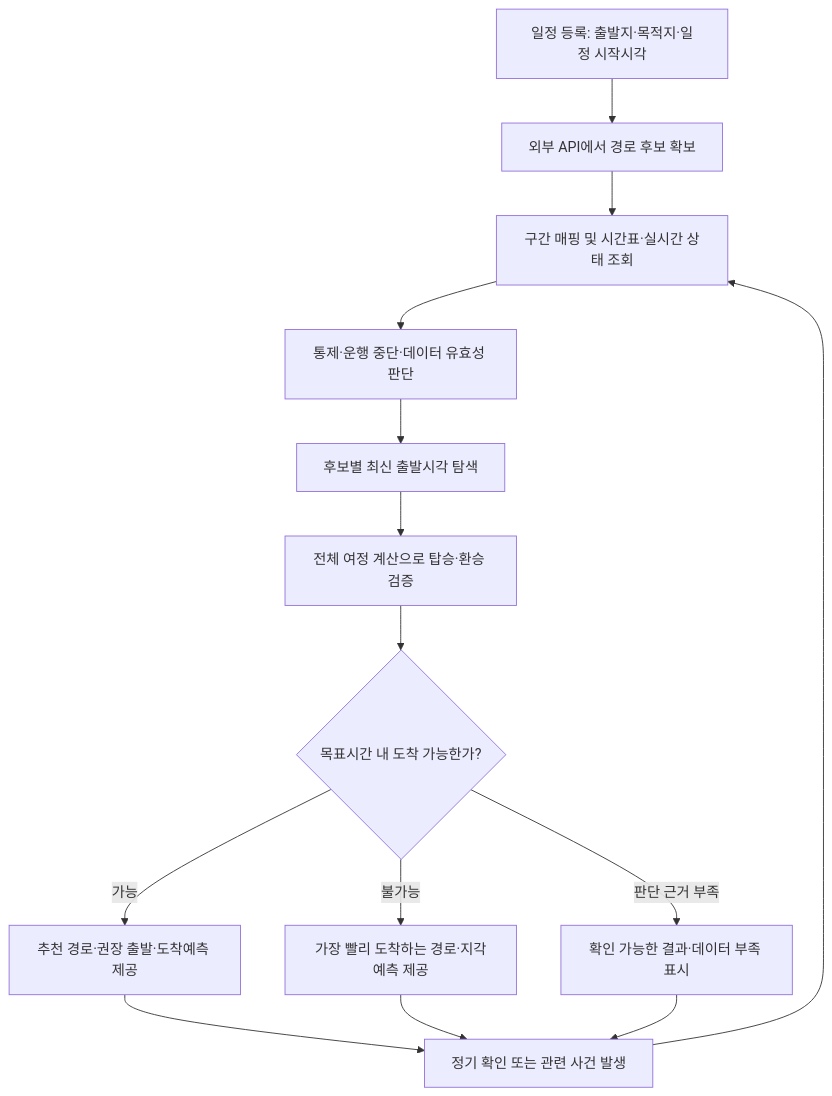
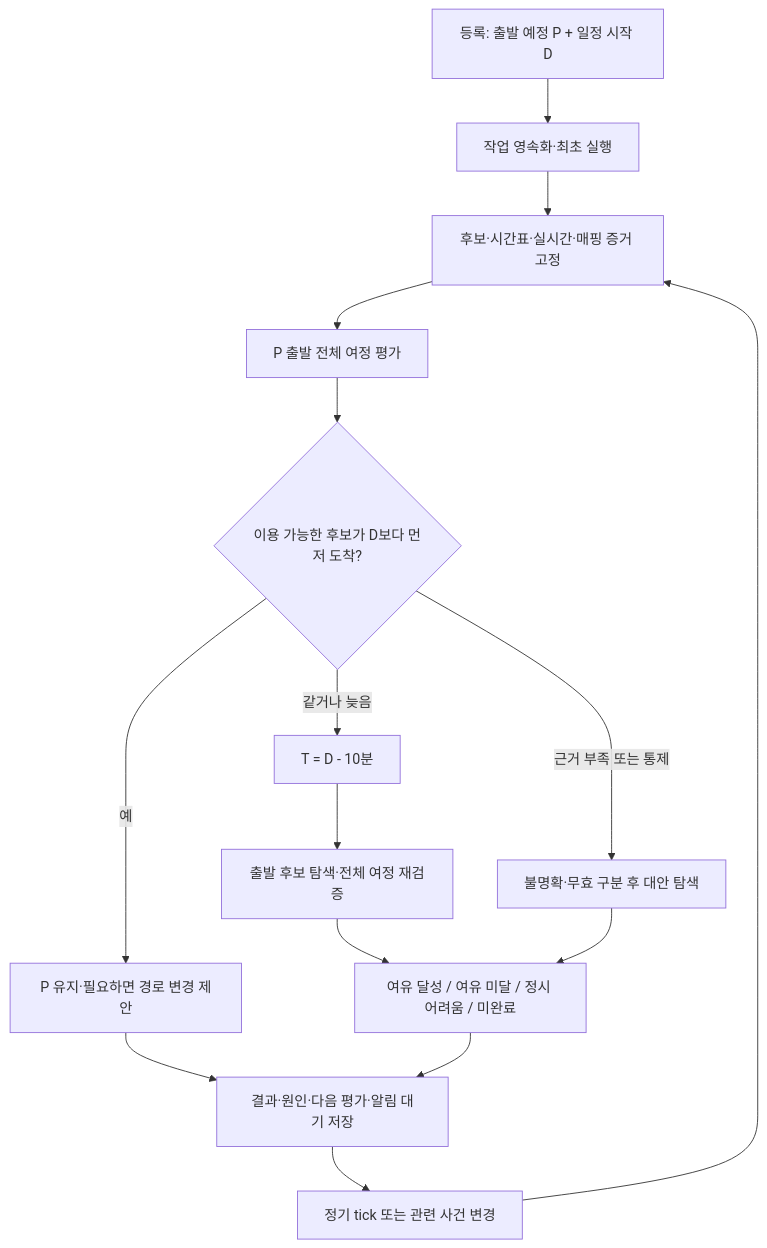
One commit to JUNGMIN0117/dubi changed the diagram in docs/contracts/arrival-deadline-calculation.md. Above: the diagram before and after it, drawn with Mermaid. The commit also changed other lines of this file and 4 other files, not shown here.

````diff
--- a/docs/contracts/arrival-deadline-calculation.md
+++ b/docs/contracts/arrival-deadline-calculation.md
@@ -37,16 +70,17 @@
 ```mermaid
 flowchart TD
-    A[일정 등록: 출발지·목적지·일정 시작시각] --> B[외부 API에서 경로 후보 확보]
-    B --> C[구간 매핑 및 시간표·실시간 상태 조회]
-    C --> D[통제·운행 중단·데이터 유효성 판단]
-    D --> E[후보별 최신 출발시각 탐색]
-    E --> F[전체 여정 계산으로 탑승·환승 검증]
-    F --> G{목표시간 내 도착 가능한가?}
-    G -->|가능| H[추천 경로·권장 출발·도착예측 제공]
-    G -->|불가능| I[가장 빨리 도착하는 경로·지각예측 제공]
-    G -->|판단 근거 부족| J[확인 가능한 결과·데이터 부족 표시]
-    H --> K[정기 확인 또는 관련 사건 발생]
-    I --> K
-    J --> K
-    K --> C
+    A[등록: 출발 예정 P + 일정 시작 D] --> B[작업 영속화·최초 실행]
+    B --> C[후보·시간표·실시간·매핑 증거 고정]
+    C --> E[P 출발 전체 여정 평가]
+    E --> F{이용 가능한 후보가 D보다 먼저 도착?}
+    F -->|예| G[P 유지·필요하면 경로 변경 제안]
+    F -->|같거나 늦음| H[T = D - 10분]
+    F -->|근거 부족 또는 통제| I[불명확·무효 구분 후 대안 탐색]
+    H --> J[출발 후보 탐색·전체 여정 재검증]
+    J --> L[여유 달성 / 여유 미달 / 정시 어려움 / 미완료]
+    I --> L
+    G --> M[결과·원인·다음 평가·알림 대기 저장]
+    L --> M
+    M --> N[정기 tick 또는 관련 사건 변경]
+    N --> C
 ```
````
